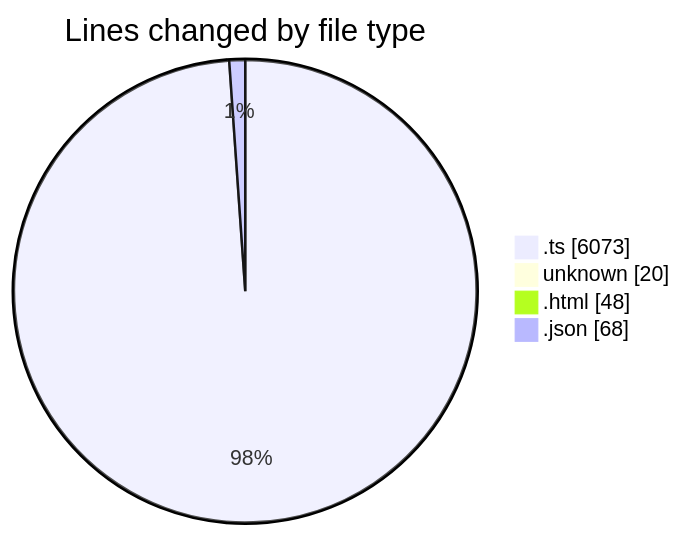
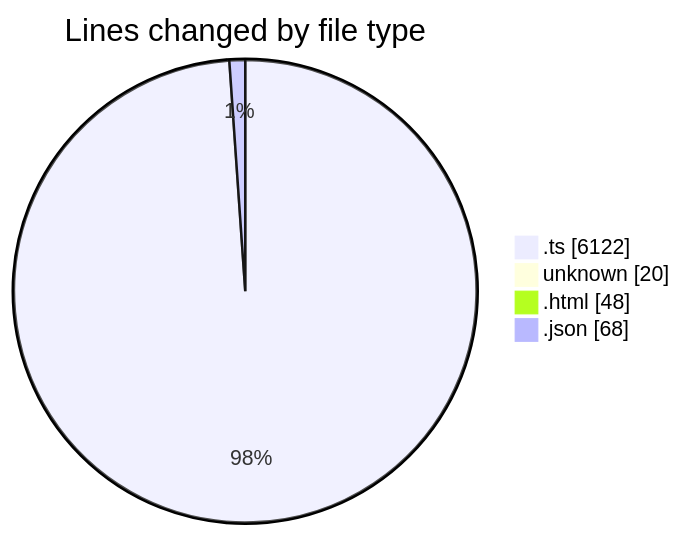
Before and after one commit to tmsrecording-cyber/code-tracking: the first of 2 diagrams in 2026-02-06/singularitybrainai/README.md, drawn with Mermaid. The commit also changed other lines of this file and 1 other file, not shown here.

````diff
--- a/2026-02-06/singularitybrainai/README.md
+++ b/2026-02-06/singularitybrainai/README.md
@@ -32,8 +32,8 @@
 ```mermaid
 pie showData
 title Lines changed by file type
-".ts" : 6073
+".ts" : 6122
 "unknown" : 20
 ".html" : 48
 ".json" : 68
 ```
````
